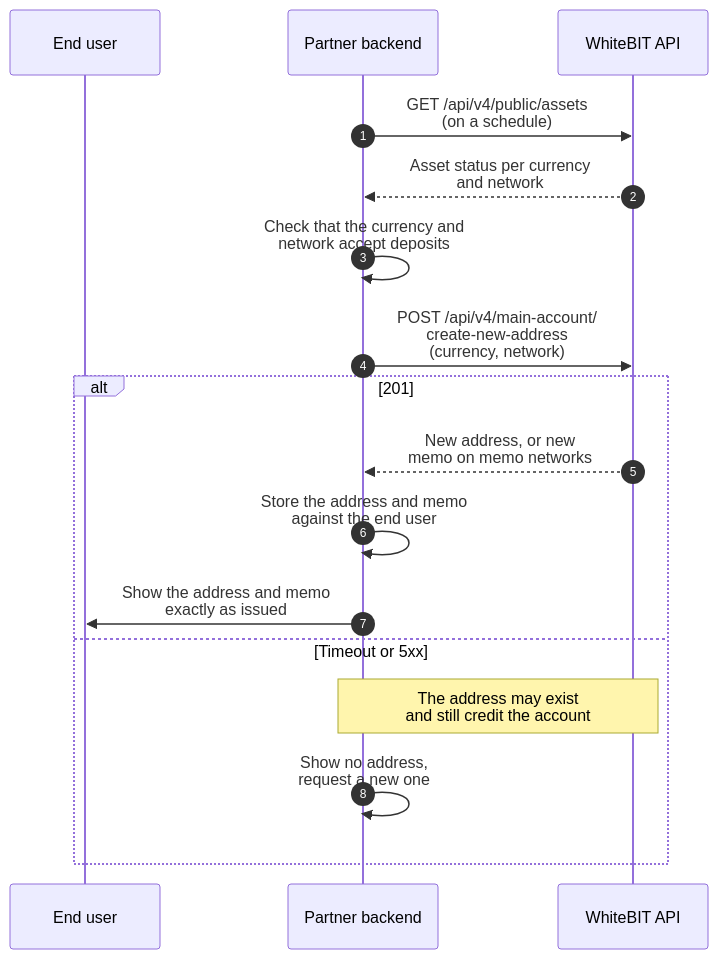
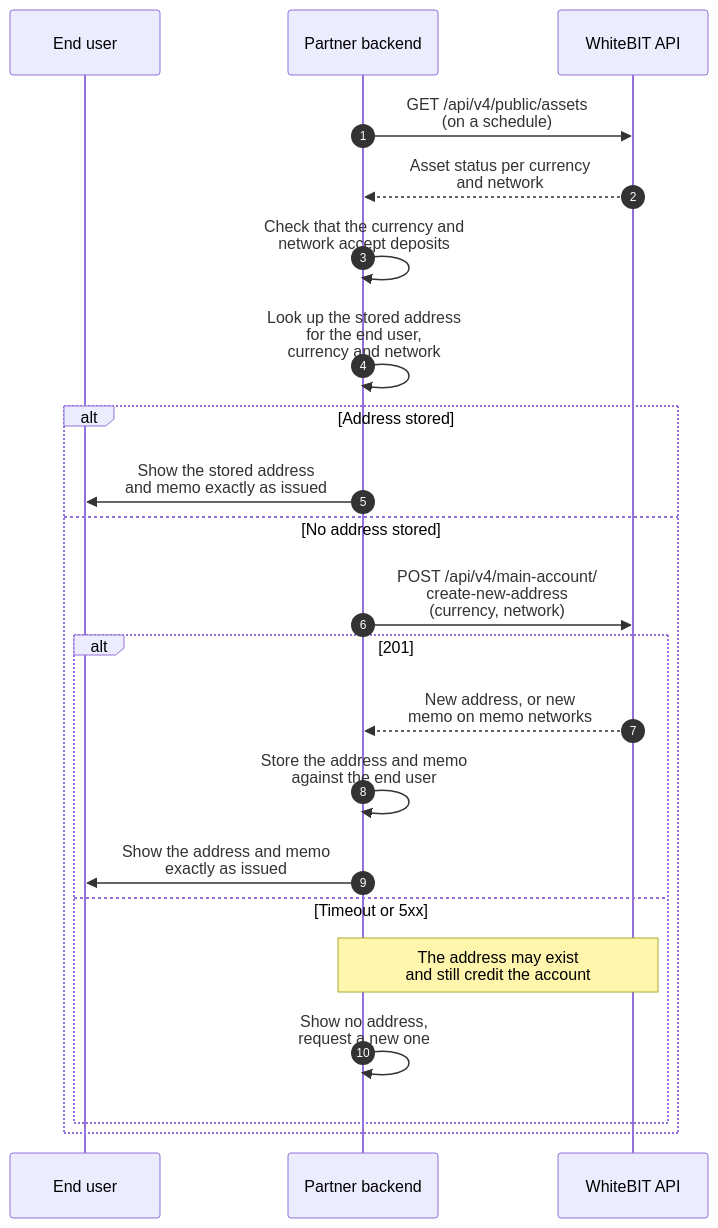
Before and after one commit to whitebit-exchange/docs: the second of 5 diagrams in guides/caas-integration.mdx, drawn with Mermaid. The commit also changed other lines of this file, not shown here.

First line of the commit message:
docs(guide): add address lookup, payout outcomes

````diff
--- a/guides/caas-integration.mdx
+++ b/guides/caas-integration.mdx
@@ -130,20 +132,25 @@
 ```mermaid
 sequenceDiagram
     autonumber
     participant U as End user
     participant P as Partner backend
     participant W as WhiteBIT API
 
     P->>W: GET /api/v4/public/assets<br/>(on a schedule)
     W-->>P: Asset status per currency<br/>and network
     P->>P: Check that the currency and<br/>network accept deposits
-    P->>W: POST /api/v4/main-account/<br/>create-new-address<br/>(currency, network)
-    alt 201
-        W-->>P: New address, or new<br/>memo on memo networks
-        P->>P: Store the address and memo<br/>against the end user
-        P->>U: Show the address and memo<br/>exactly as issued
-    else Timeout or 5xx
-        Note over P,W: The address may exist<br/>and still credit the account
-        P->>P: Show no address,<br/>request a new one
+    P->>P: Look up the stored address<br/>for the end user,<br/>currency and network
+    alt Address stored
+        P->>U: Show the stored address<br/>and memo exactly as issued
+    else No address stored
+        P->>W: POST /api/v4/main-account/<br/>create-new-address<br/>(currency, network)
+        alt 201
+            W-->>P: New address, or new<br/>memo on memo networks
+            P->>P: Store the address and memo<br/>against the end user
+            P->>U: Show the address and memo<br/>exactly as issued
+        else Timeout or 5xx
+            Note over P,W: The address may exist<br/>and still credit the account
+            P->>P: Show no address,<br/>request a new one
+        end
     end
 ```
````
